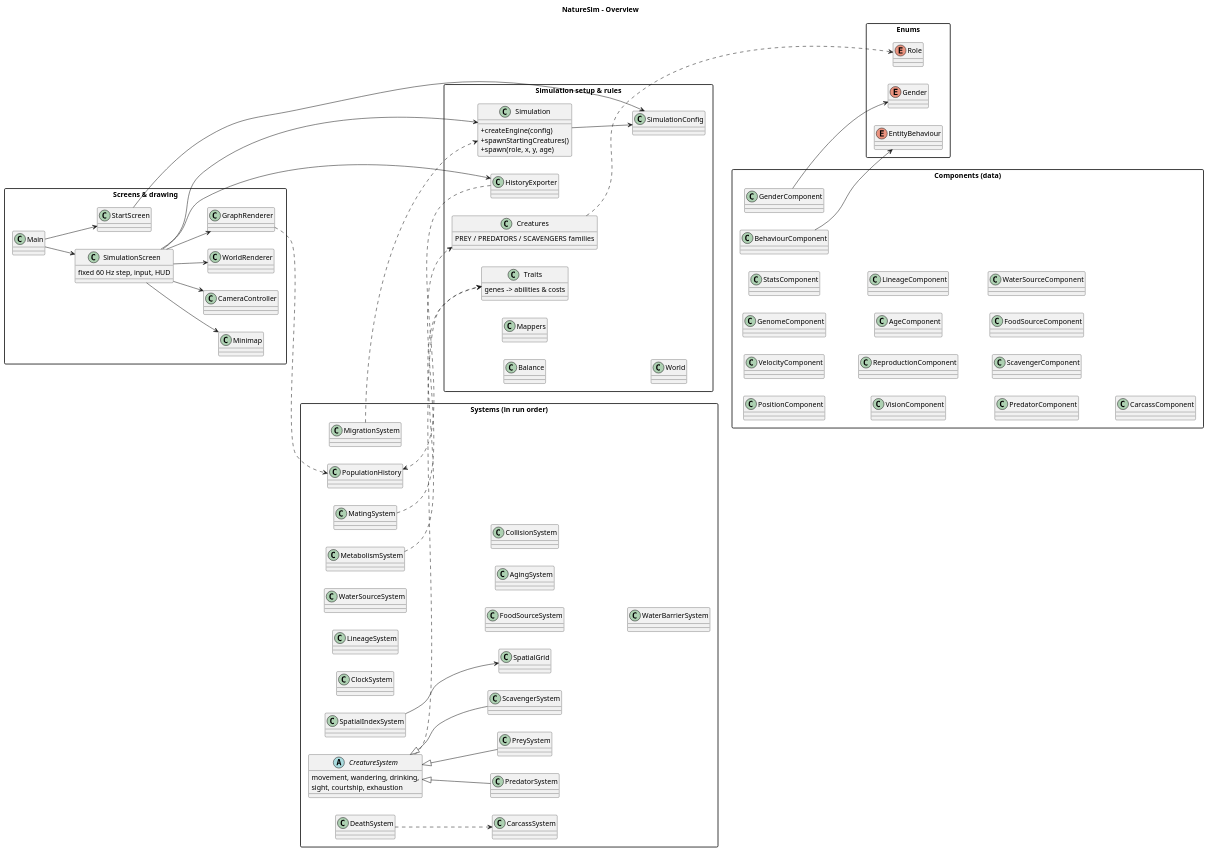
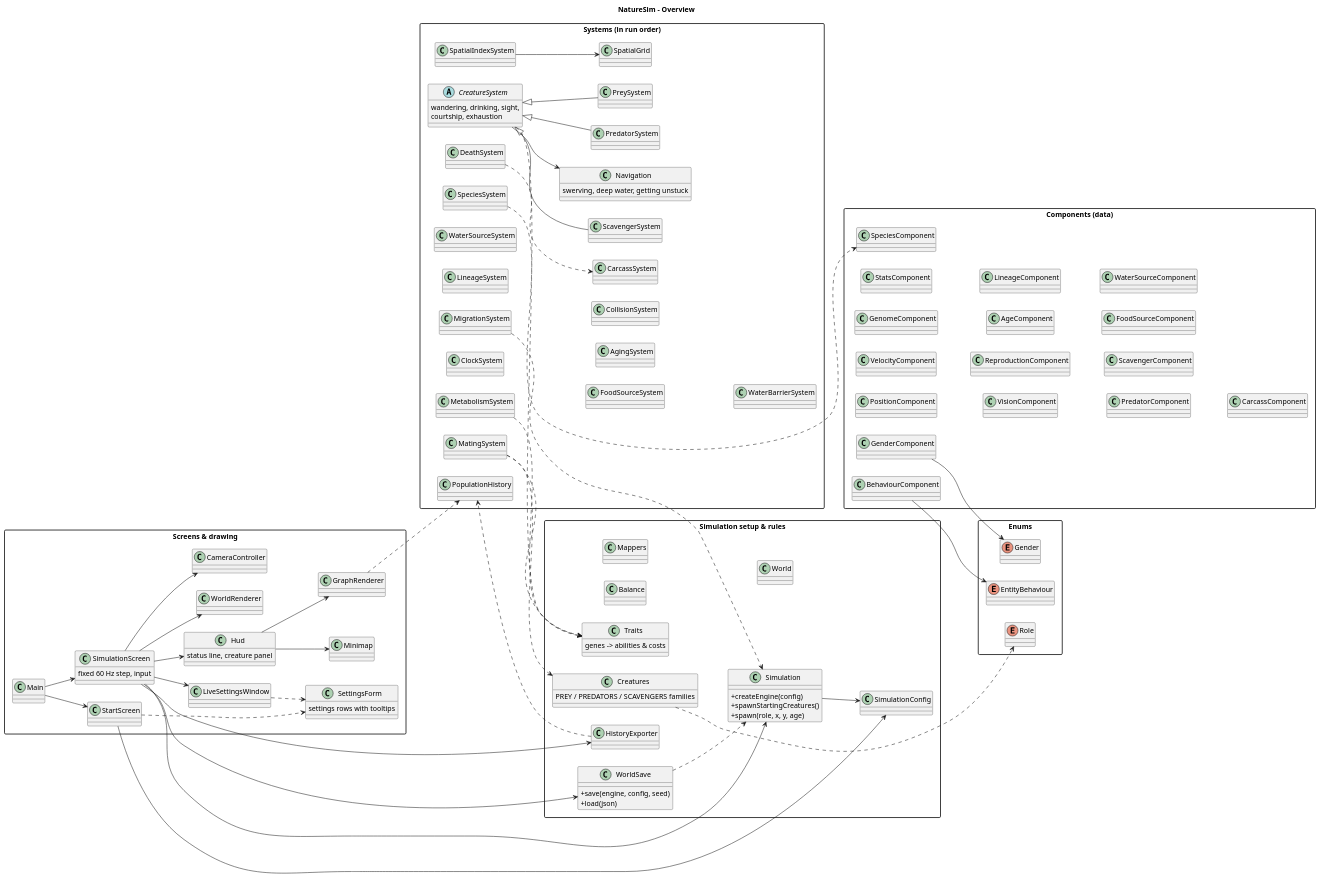
The diagram in Documents/UMLDiagram.puml (kostenarov/NatureSim), drawn with PlantUML before and after one commit. The commit also changed 39 other files, not shown here.

First line of the commit message:
Speed up the simulation, add mate choice, species, live settings and save/load

```diff
--- a/Documents/UMLDiagram.puml
+++ b/Documents/UMLDiagram.puml
@@ -1,113 +1,138 @@
 @startuml
 title NatureSim - Overview
 left to right direction
 skinparam packageStyle rectangle
 skinparam classAttributeIconSize 0
 
 package "Screens & drawing" {
   class Main
   class StartScreen
   class SimulationScreen {
-    fixed 60 Hz step, input, HUD
+    fixed 60 Hz step, input
+  }
+  class Hud {
+    status line, creature panel
+  }
+  class LiveSettingsWindow
+  class SettingsForm {
+    settings rows with tooltips
   }
   class WorldRenderer
   class GraphRenderer
   class Minimap
   class CameraController
 }
 
 package "Simulation setup & rules" {
   class Simulation {
     + createEngine(config)
     + spawnStartingCreatures()
     + spawn(role, x, y, age)
   }
   class SimulationConfig
   class Balance
   class Traits {
     genes -> abilities & costs
   }
   class Creatures {
     PREY / PREDATORS / SCAVENGERS families
   }
   class Mappers
   class World
   class HistoryExporter
+  class WorldSave {
+    + save(engine, config, seed)
+    + load(json)
+  }
 }
 
 package "Systems (in run order)" {
   class SpatialIndexSystem
   class ClockSystem
   class LineageSystem
   class WaterSourceSystem
   class FoodSourceSystem
   class MatingSystem
   abstract class CreatureSystem {
-    movement, wandering, drinking,
-    sight, courtship, exhaustion
+    wandering, drinking, sight,
+    courtship, exhaustion
+  }
+  class Navigation {
+    swerving, deep water, getting unstuck
   }
   class PredatorSystem
   class PreySystem
   class ScavengerSystem
   class MetabolismSystem
   class AgingSystem
   class CollisionSystem
   class WaterBarrierSystem
   class DeathSystem
   class CarcassSystem
   class MigrationSystem
+  class SpeciesSystem
   class PopulationHistory
   class SpatialGrid
 }
 
 package "Components (data)" {
   class PositionComponent
   class VelocityComponent
   class GenomeComponent
   class GenderComponent
   class StatsComponent
   class VisionComponent
   class BehaviourComponent
   class ReproductionComponent
   class AgeComponent
   class LineageComponent
+  class SpeciesComponent
   class PredatorComponent
   class ScavengerComponent
   class FoodSourceComponent
   class WaterSourceComponent
   class CarcassComponent
 }
 
 package "Enums" {
   enum EntityBehaviour
   enum Gender
   enum Role
 }
 
 Main --> StartScreen
 Main --> SimulationScreen
 StartScreen --> SimulationConfig
 SimulationScreen --> Simulation
 SimulationScreen --> WorldRenderer
-SimulationScreen --> GraphRenderer
-SimulationScreen --> Minimap
+SimulationScreen --> Hud
+SimulationScreen --> LiveSettingsWindow
 SimulationScreen --> CameraController
 SimulationScreen --> HistoryExporter
+SimulationScreen --> WorldSave
+Hud --> GraphRenderer
+Hud --> Minimap
+StartScreen ..> SettingsForm
+LiveSettingsWindow ..> SettingsForm
+WorldSave ..> Simulation
 Simulation --> SimulationConfig
 
 CreatureSystem <|-- PredatorSystem
 CreatureSystem <|-- PreySystem
 CreatureSystem <|-- ScavengerSystem
 SpatialIndexSystem --> SpatialGrid
+CreatureSystem --> Navigation
+SpeciesSystem ..> SpeciesComponent
+MatingSystem ..> Traits
 CreatureSystem ..> Traits
 MetabolismSystem ..> Traits
 MatingSystem ..> Creatures
 DeathSystem ..> CarcassSystem
 MigrationSystem ..> Simulation
 HistoryExporter ..> PopulationHistory
 GraphRenderer ..> PopulationHistory
 
 BehaviourComponent --> EntityBehaviour
 GenderComponent --> Gender
 Creatures ..> Role
 @enduml
```
